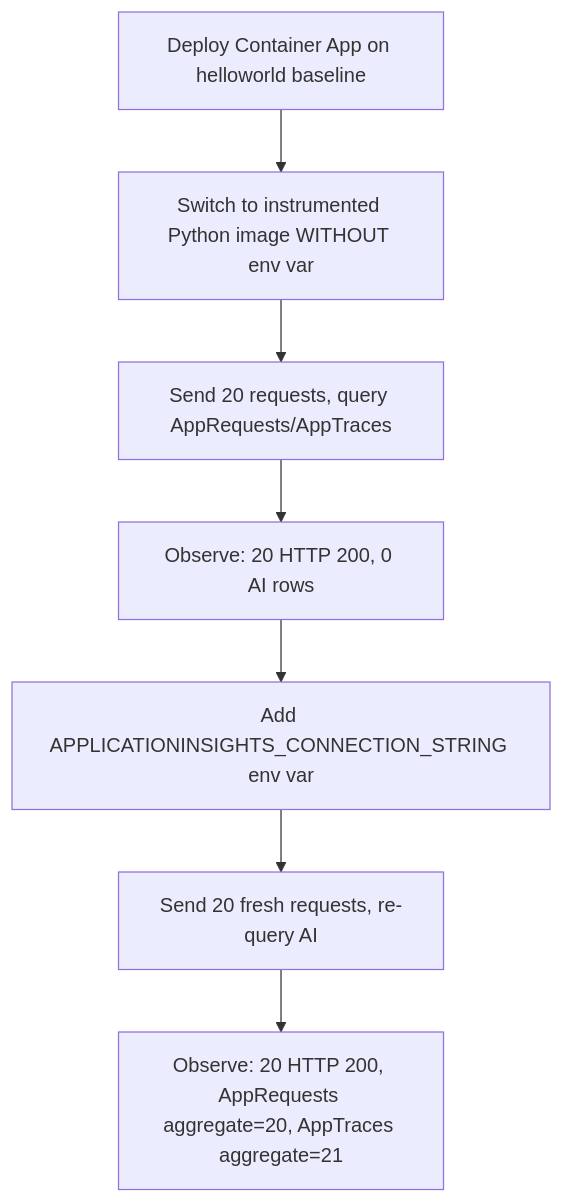
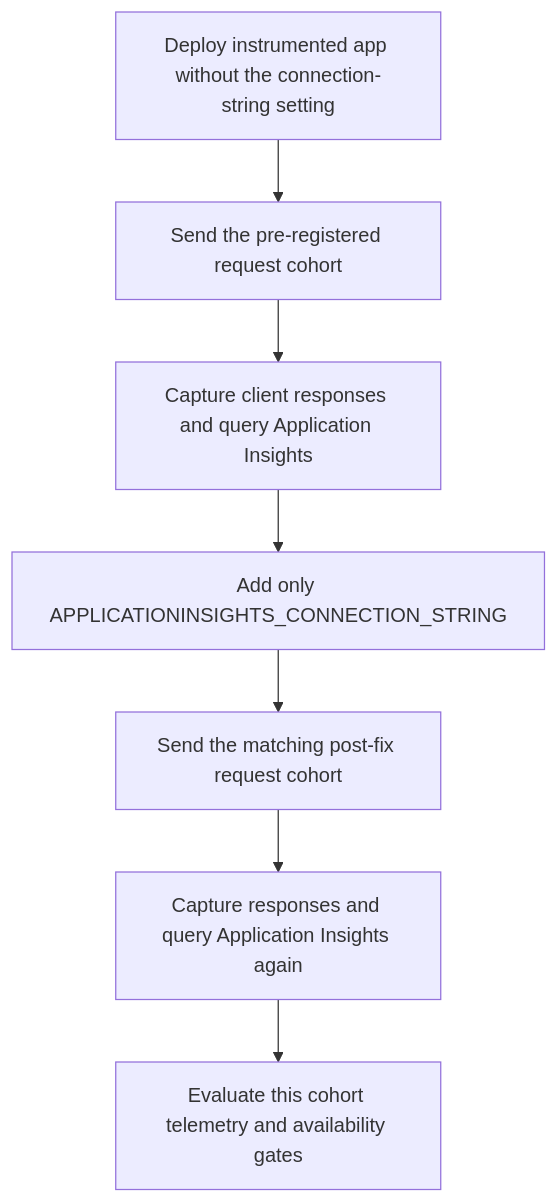
Before and after one commit to yeongseon/azure-container-apps-practical-guide: the diagram in docs/troubleshooting/lab-guides/appinsights-connection-string-missing.md, drawn with Mermaid. The commit also changed other lines of this file and 23 other files, not shown here.

Commit message:
docs(diagrams): migrate the first lab-guide diagram batch (#625)

````diff
--- a/docs/troubleshooting/lab-guides/appinsights-connection-string-missing.md
+++ b/docs/troubleshooting/lab-guides/appinsights-connection-string-missing.md
@@ -40,9 +40,9 @@
 ```mermaid
 flowchart TD
-    A[Deploy Container App on helloworld baseline] --> B[Switch to instrumented Python image WITHOUT env var]
-    B --> C[Send 20 requests, query AppRequests/AppTraces]
-    C --> D[Observe: 20 HTTP 200, 0 AI rows]
-    D --> E[Add APPLICATIONINSIGHTS_CONNECTION_STRING env var]
-    E --> F[Send 20 fresh requests, re-query AI]
-    F --> G[Observe: 20 HTTP 200, AppRequests aggregate=20, AppTraces aggregate=21]
+    DEPLOY[Deploy instrumented app without the connection-string setting] --> REQUESTS1[Send the pre-registered request cohort]
+    REQUESTS1 --> QUERY1[Capture client responses and query Application Insights]
+    QUERY1 --> FIX[Add only APPLICATIONINSIGHTS_CONNECTION_STRING]
+    FIX --> REQUESTS2[Send the matching post-fix request cohort]
+    REQUESTS2 --> QUERY2[Capture responses and query Application Insights again]
+    QUERY2 --> GATES[Evaluate this cohort telemetry and availability gates]
 ```
````
